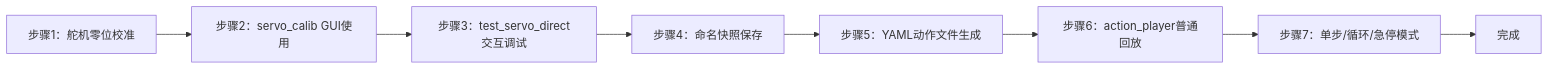
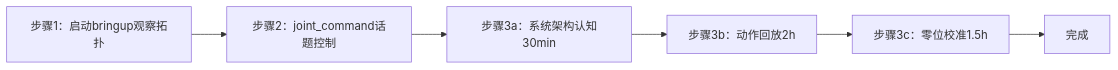
One commit to aibittek/course_generate_agent changed the diagram in courses/sheet1/arm_practice/_parts/experiment-3.md. Above: the diagram before and after it, drawn with Mermaid. The commit also changed other lines of this file and 11 other files, not shown here.

````diff
--- a/courses/sheet1/arm_practice/_parts/experiment-3.md
+++ b/courses/sheet1/arm_practice/_parts/experiment-3.md
@@ -68,10 +76,8 @@
 ```mermaid
 graph LR
-    A[步骤1：舵机零位校准] --> B[步骤2：servo_calib GUI使用]
-    B --> C[步骤3：test_servo_direct交互调试]
-    C --> D[步骤4：命名快照保存]
-    D --> E[步骤5：YAML动作文件生成]
-    E --> F[步骤6：action_player普通回放]
-    F --> G[步骤7：单步/循环/急停模式]
-    G --> H[完成]
+    A[步骤1：启动bringup观察拓扑] --> B[步骤2：joint_command话题控制]
+    B --> C[步骤3a：系统架构认知30min]
+    C --> D[步骤3b：动作回放2h]
+    D --> E[步骤3c：零位校准1.5h]
+    E --> F[完成]
 ```
````
